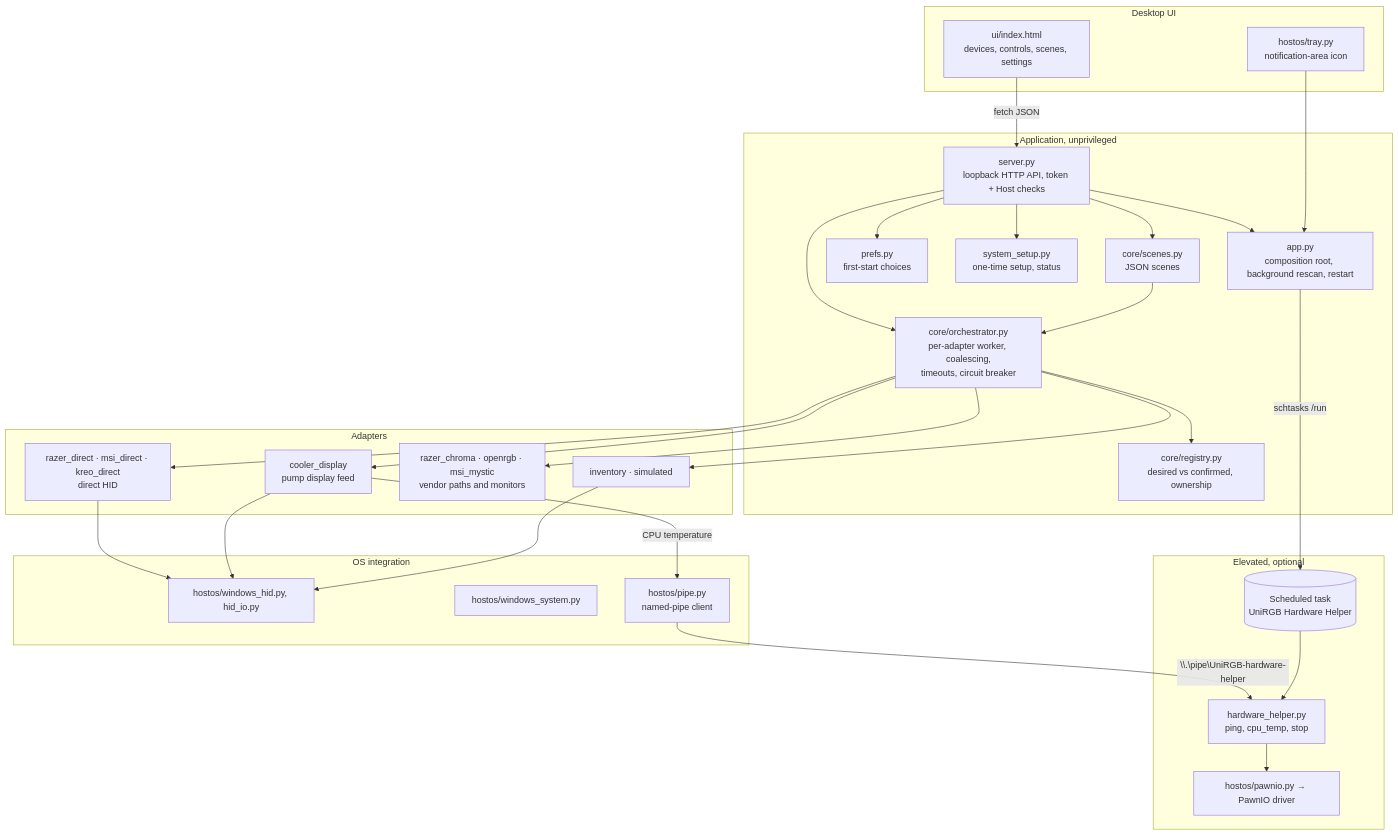
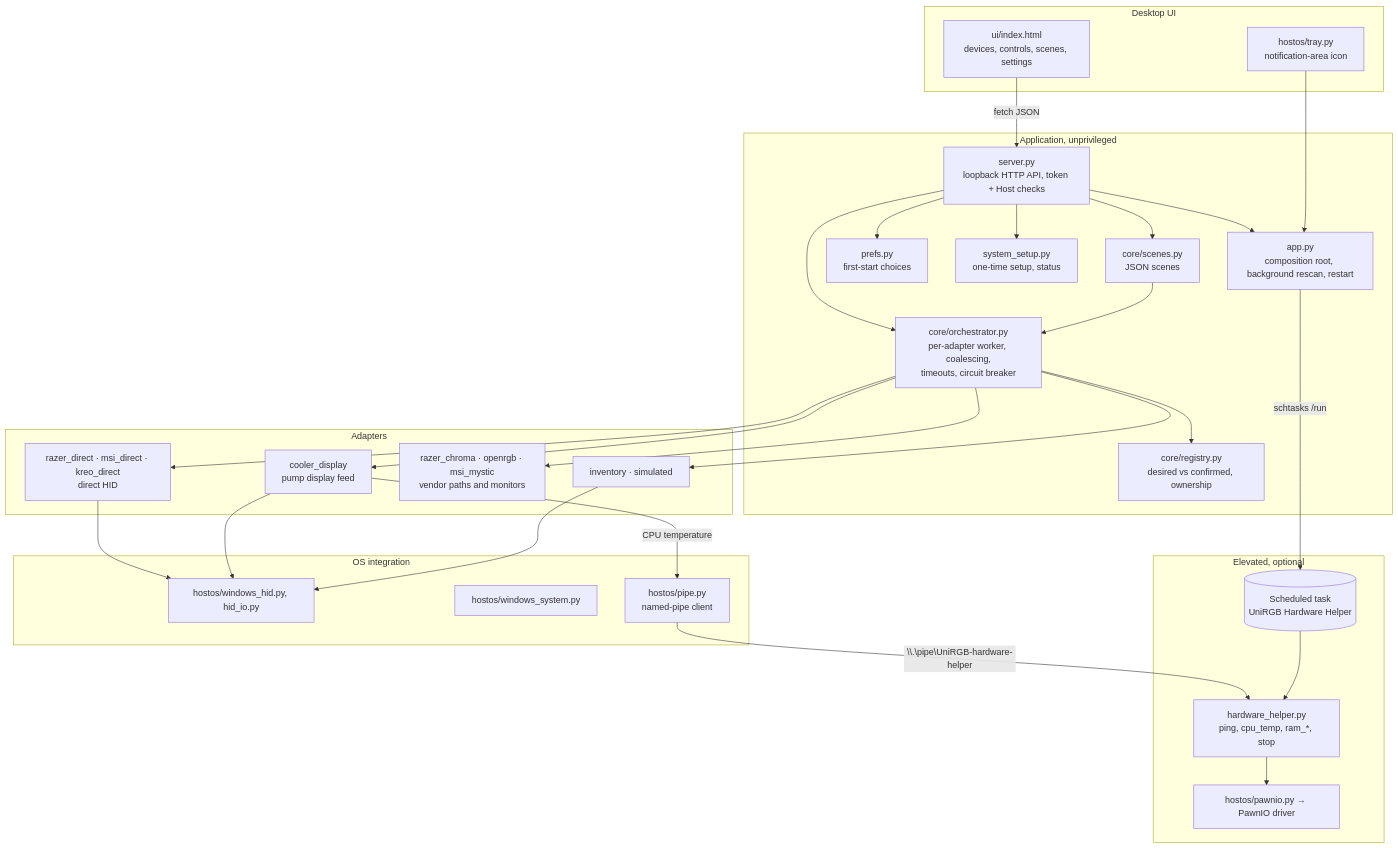
One commit to AbhineetSaha/UniRGB changed the diagram in docs/architecture.md. Above: the diagram before and after it, drawn with Mermaid. The commit also changed 20 other files, not shown here.

First line of the commit message:
Add RAM lighting through the hardware helper

````diff
--- a/docs/architecture.md
+++ b/docs/architecture.md
@@ -8,42 +8,42 @@
 ```mermaid
 graph TD
   subgraph UI[Desktop UI]
     PAGE[ui/index.html<br/>devices, controls, scenes, settings]
     TRAY[hostos/tray.py<br/>notification-area icon]
   end
   subgraph APPL[Application, unprivileged]
     SRV[server.py<br/>loopback HTTP API, token + Host checks]
     APP[app.py<br/>composition root, background rescan, restart]
     PREFS[prefs.py<br/>first-start choices]
     SETUP[system_setup.py<br/>one-time setup, status]
     REG[core/registry.py<br/>desired vs confirmed, ownership]
     SCN[core/scenes.py<br/>JSON scenes]
     ORC[core/orchestrator.py<br/>per-adapter worker, coalescing,<br/>timeouts, circuit breaker]
   end
   subgraph ADP[Adapters]
     DIRECT[razer_direct · msi_direct · kreo_direct<br/>direct HID]
     COOL[cooler_display<br/>pump display feed]
     VEND[razer_chroma · openrgb · msi_mystic<br/>vendor paths and monitors]
     INV[inventory · simulated]
   end
   subgraph OS[OS integration]
     HID[hostos/windows_hid.py, hid_io.py]
     SYS[hostos/windows_system.py]
     PIPE[hostos/pipe.py<br/>named-pipe client]
   end
   subgraph ELEV[Elevated, optional]
     TASK[(Scheduled task<br/>UniRGB Hardware Helper)]
-    HELPER[hardware_helper.py<br/>ping, cpu_temp, stop]
+    HELPER[hardware_helper.py<br/>ping, cpu_temp, ram_*, stop]
     PAWN[hostos/pawnio.py → PawnIO driver]
   end
   PAGE -- fetch JSON --> SRV --> APP
   TRAY --> APP
   SRV --> ORC --> REG
   SRV --> SCN --> ORC
   SRV --> PREFS
   SRV --> SETUP
   ORC --> DIRECT & COOL & VEND & INV
   DIRECT & COOL & INV --> HID
   COOL -- CPU temperature --> PIPE -- "\\.\pipe\UniRGB-hardware-helper" --> HELPER
   APP -- schtasks /run --> TASK --> HELPER --> PAWN
 ```
````
